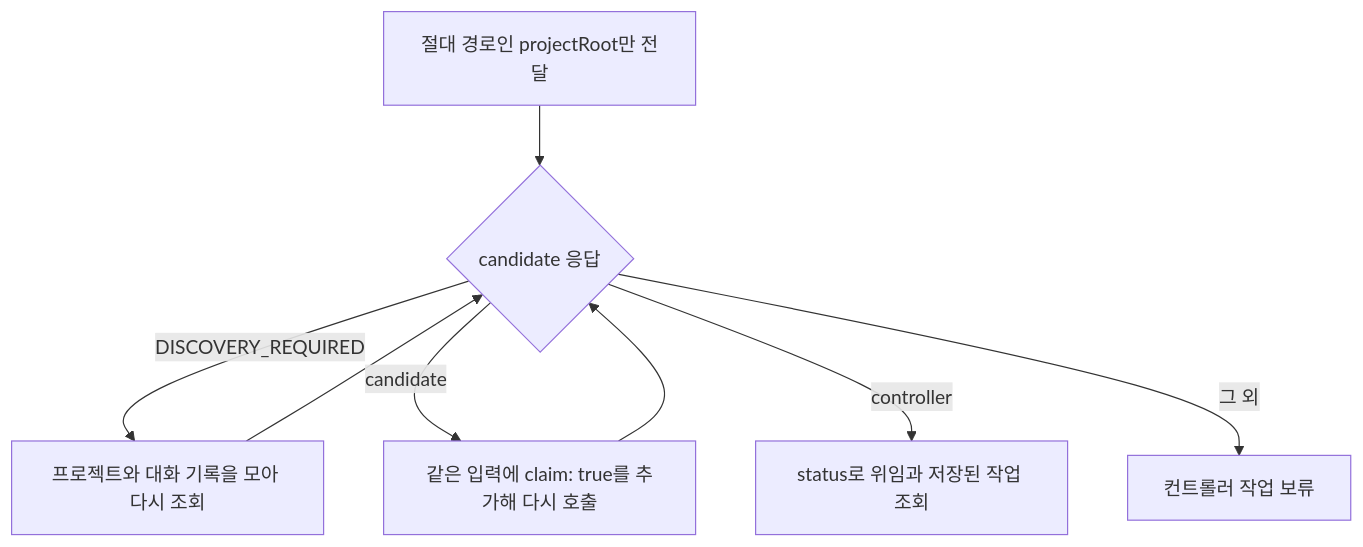
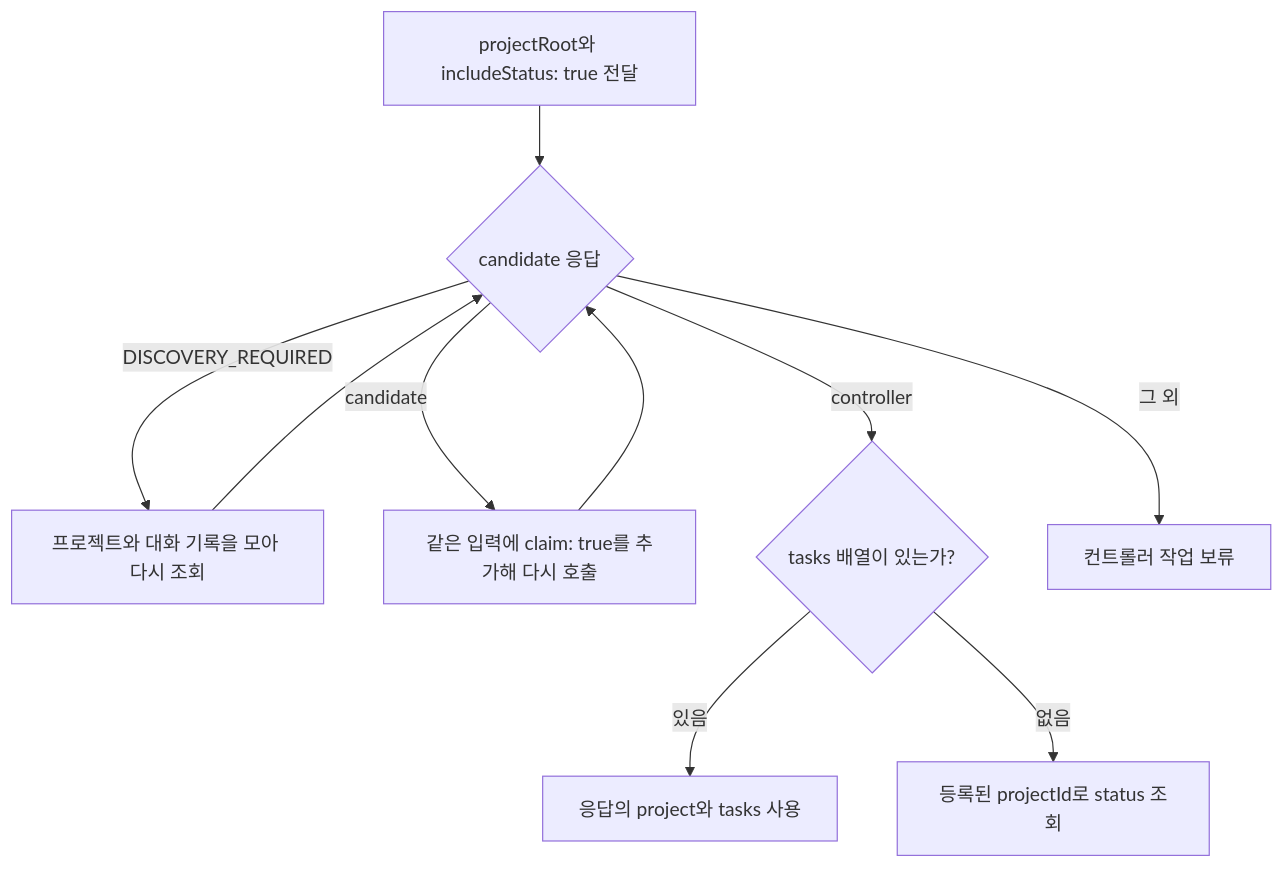
The diagram in workflows/controller.md (tttaliesin/worker-orchestrator), drawn with Mermaid before and after one commit. The commit also changed other lines of this file and 15 other files, not shown here.

````diff
--- a/workflows/controller.md
+++ b/workflows/controller.md
@@ -63,10 +91,12 @@
 ```mermaid
 flowchart TD
-    Lookup["절대 경로인 projectRoot만 전달"] --> Result{"candidate 응답"}
+    Lookup["projectRoot와 includeStatus: true 전달"] --> Result{"candidate 응답"}
     Result -->|DISCOVERY_REQUIRED| History["프로젝트와 대화 기록을 모아 다시 조회"]
     History --> Result
     Result -->|candidate| Claim["같은 입력에 claim: true를 추가해 다시 호출"]
     Claim --> Result
-    Result -->|controller| Status["status로 위임과 저장된 작업 조회"]
+    Result -->|controller| Tasks{"tasks 배열이 있는가?"}
+    Tasks -->|있음| Snapshot["응답의 project와 tasks 사용"]
+    Tasks -->|없음| Status["등록된 projectId로 status 조회"]
     Result -->|그 외| Hold["컨트롤러 작업 보류"]
 ```
````
